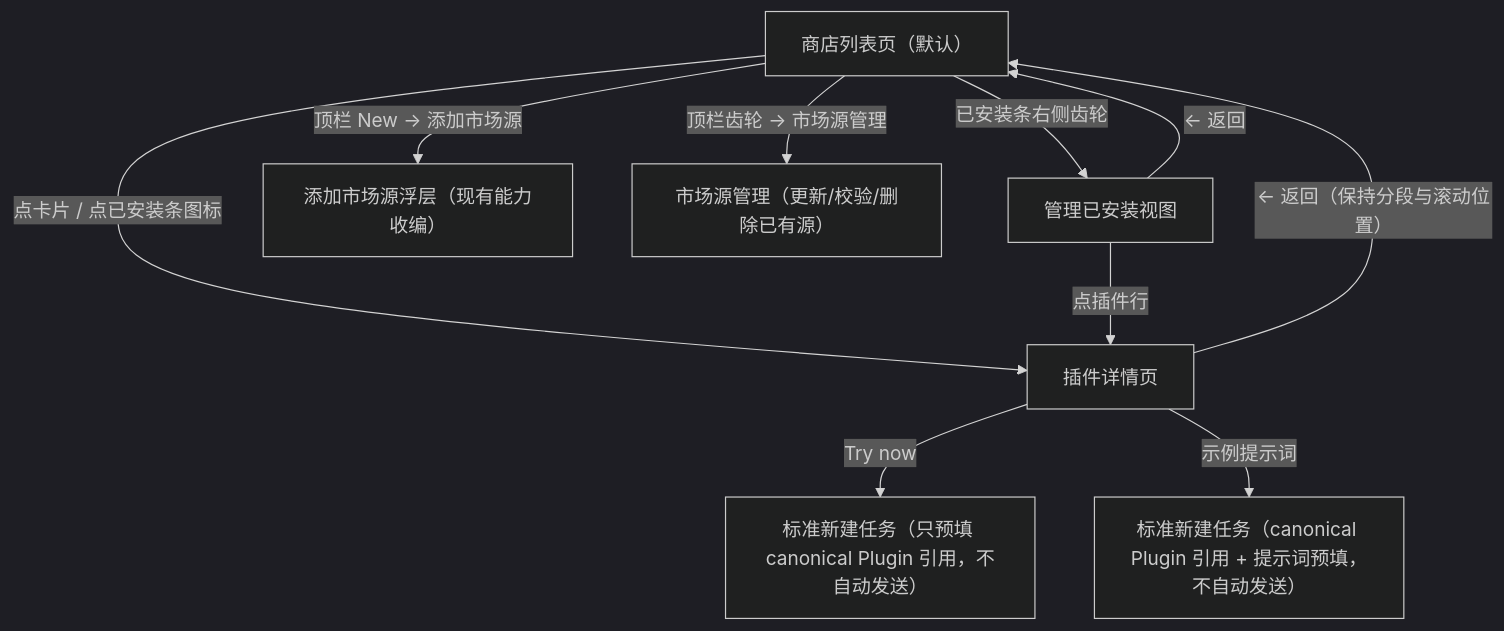
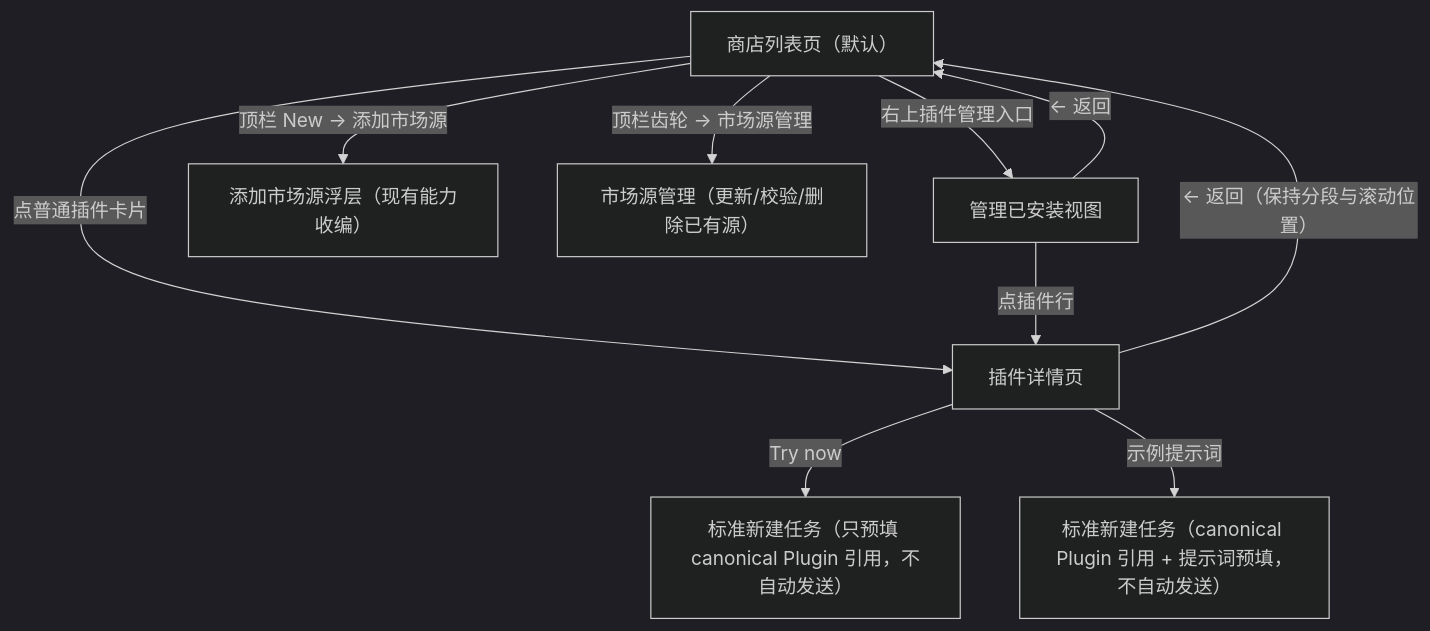
One commit to yak33/JGAgent changed the first of 2 diagrams in docs/plugin-marketplace-ui-ux.md. Above: the diagram before and after it, drawn with Mermaid (dark theme). The commit also changed other lines of this file and 4539 other files, not shown here.

````diff
--- a/docs/plugin-marketplace-ui-ux.md
+++ b/docs/plugin-marketplace-ui-ux.md
@@ -107,17 +109,17 @@
 ```mermaid
 flowchart TD
     Store["商店列表页（默认）"]
     Detail["插件详情页"]
     Manage["管理已安装视图"]
 
-    Store -- "点卡片 / 点已安装条图标" --> Detail
+    Store -- "点普通插件卡片" --> Detail
     Detail -- "← 返回（保持分段与滚动位置）" --> Store
-    Store -- "已安装条右侧齿轮" --> Manage
+    Store -- "右上插件管理入口" --> Manage
     Manage -- "← 返回" --> Store
     Manage -- "点插件行" --> Detail
 
     Store -- "顶栏 New → 添加市场源" --> AddSource["添加市场源浮层（现有能力收编）"]
     Store -- "顶栏齿轮 → 市场源管理" --> Sources["市场源管理（更新/校验/删除已有源）"]
     Detail -- "Try now" --> NewPluginDraft["标准新建任务（只预填 canonical Plugin 引用，不自动发送）"]
     Detail -- "示例提示词" --> NewPromptDraft["标准新建任务（canonical Plugin 引用 + 提示词预填，不自动发送）"]
 ```
````
